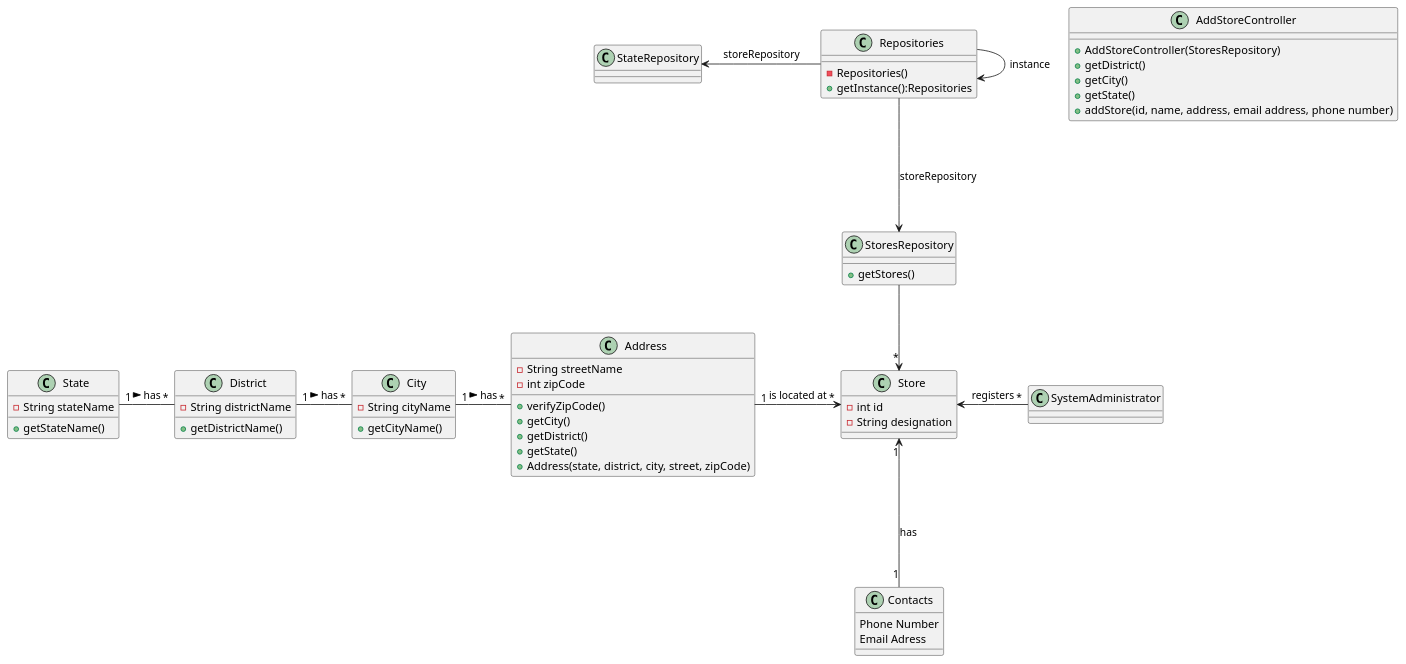
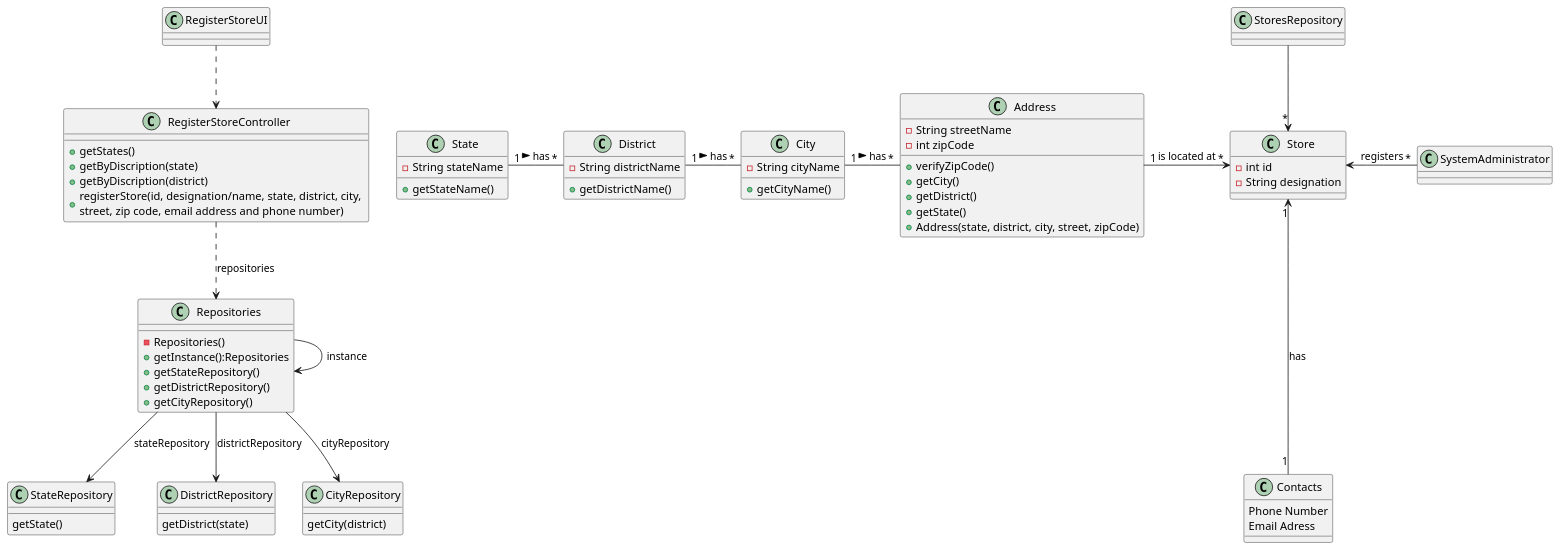
Before and after one commit to PureNimble/ISEP-LAPR2: the diagram in docs/sprintB/US05/03.design/puml/us05-class-diagram.puml, drawn with PlantUML. The commit also changed 11 other files, not shown here.

```diff
--- a/docs/sprintB/US05/03.design/puml/us05-class-diagram.puml
+++ b/docs/sprintB/US05/03.design/puml/us05-class-diagram.puml
@@ -1,76 +1,92 @@
 @startuml
 'https://plantuml.com/class-diagram
 
 class State {
  - String stateName
 
     +getStateName()
 }
 
 class District {
 - String districtName
 
     +getDistrictName()
 }
 
 class City {
 - String cityName
 
     +getCityName()
 }
 
 class Address {
- -String streetName
+    -String streetName
     -int zipCode
 
     +verifyZipCode()
     +getCity()
     +getDistrict()
     +getState()
     +Address(state, district, city, street, zipCode)
 }
 
 class Contacts {
     Phone Number
     Email Adress
 }
 
 class SystemAdministrator {
 }
 
-class StoresRepository {
-    +getStores()
-
-}
-
 class Repositories {
     -Repositories()
     +getInstance():Repositories
+    +getStateRepository()
+    +getDistrictRepository()
+    +getCityRepository()
 }
 
 class Store {
     -int id
     -String designation
 }
 
-class AddStoreController{
-    +AddStoreController(StoresRepository)
-    +getDistrict()
-    +getCity()
-    +getState()
-    +addStore(id, name, address, email address, phone number)
+class RegisterStoreController {
+    +getStates()
+    +getByDiscription(state)
+    +getByDiscription(district)
+    +registerStore(id, designation/name, state, district, city, \nstreet, zip code, email address and phone number)
+}
+
+class StateRepository {
+    getState()
+}
+
+class DistrictRepository {
+    getDistrict(state)
+}
+
+class CityRepository {
+    getCity(district)
+}
+
+class RegisterStoreUI {
+
 }
 
 Repositories -> Repositories:instance
-Repositories ---> StoresRepository: storeRepository
+Repositories --> StateRepository: stateRepository
+Repositories --> DistrictRepository: districtRepository
+Repositories --> CityRepository: cityRepository
+RegisterStoreController ..> Repositories : repositories
+RegisterStoreUI ..> RegisterStoreController
 StoresRepository --> "*" Store
 Store <- "*" SystemAdministrator : registers
 Address "1" -> "*"  Store : is located at
 City "1" -right- "*" Address:has >
 District "1" -right- "*" City : has >
 State "1" -right- "*" District : has >
 Contacts "1" -up--> "1" Store: has
-Repositories -left--> StateRepository: storeRepository
 StateRepository -left[hidden].> StateRepository
 
 @enduml
```
